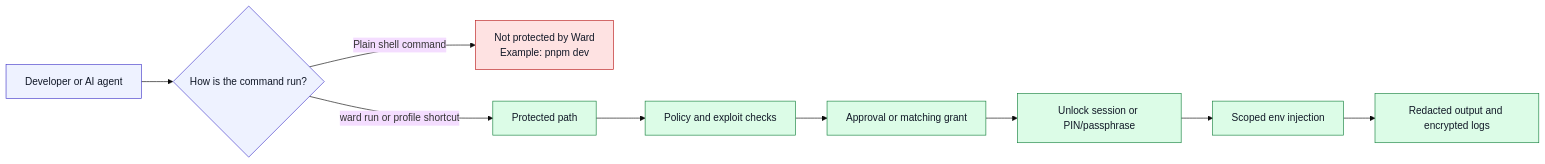
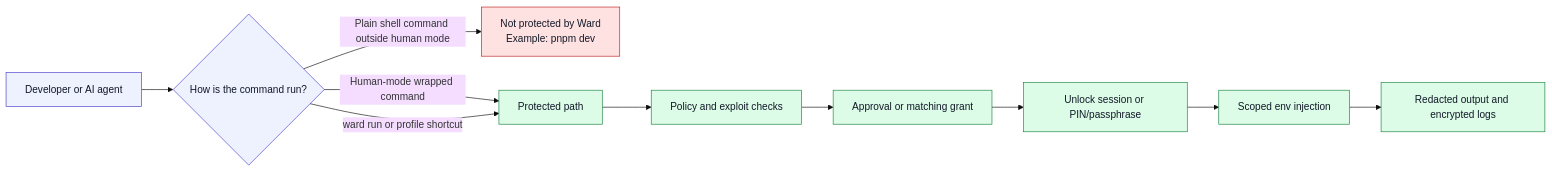
One commit to web3-claw/aiward changed the first of 9 diagrams in docs/infographics.md. Above: the diagram before and after it, drawn with Mermaid (base theme). The commit also changed other lines of this file and 30 other files, not shown here.

First line of the commit message:
feat: v0.5.0 — human mode dashboard, session encryption fixes, recovery wizard

````diff
--- a/docs/infographics.md
+++ b/docs/infographics.md
@@ -15,18 +16,19 @@
 ```mermaid
 flowchart LR
     A["Developer or AI agent"] --> B{"How is the command run?"}
-    B -->|"Plain shell command"| C["Not protected by Ward<br/>Example: pnpm dev"]
+    B -->|"Plain shell command outside human mode"| C["Not protected by Ward<br/>Example: pnpm dev"]
+    B -->|"Human-mode wrapped command"| D
     B -->|"ward run or profile shortcut"| D["Protected path"]
     D --> E["Policy and exploit checks"]
     E --> F["Approval or matching grant"]
     F --> G["Unlock session or PIN/passphrase"]
     G --> H["Scoped env injection"]
     H --> I["Redacted output and encrypted logs"]
 
     classDef danger fill:#fee2e2,stroke:#b91c1c,color:#111827;
     classDef safe fill:#dcfce7,stroke:#15803d,color:#111827;
     classDef neutral fill:#eef2ff,stroke:#4338ca,color:#111827;
     class C danger;
     class D,E,F,G,H,I safe;
     class A,B neutral;
 ```
````
